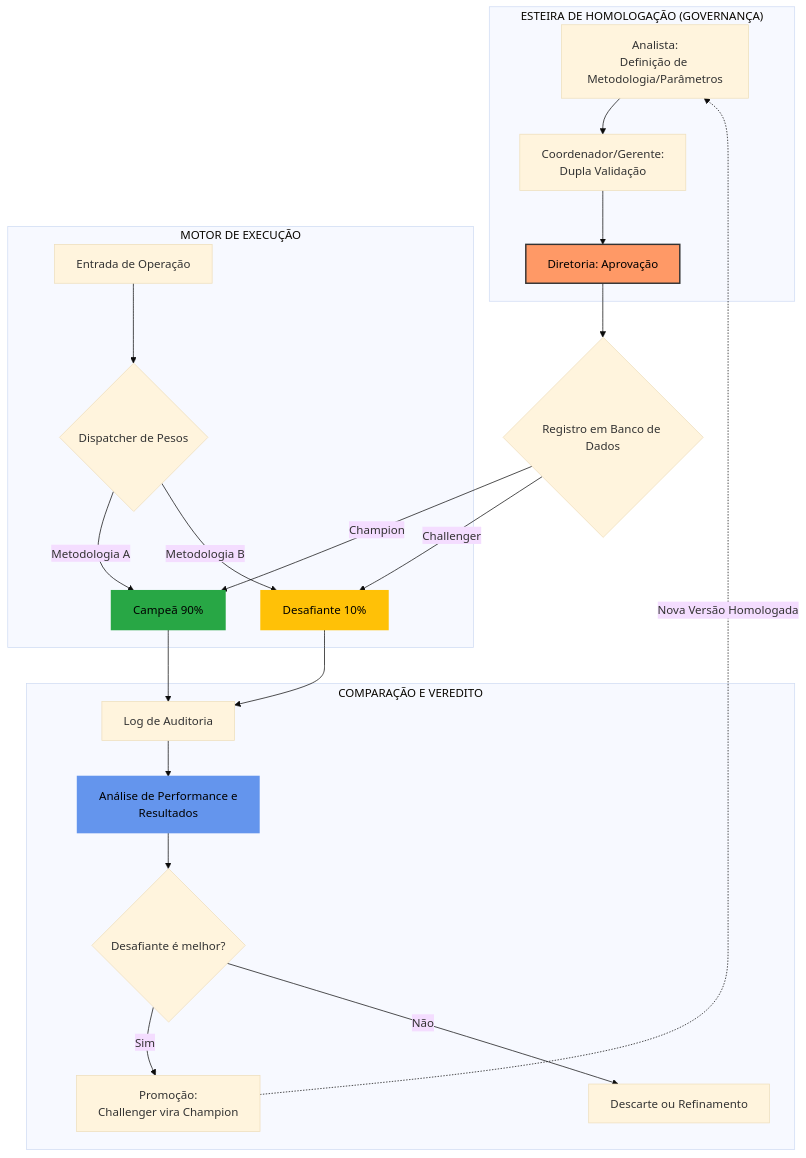
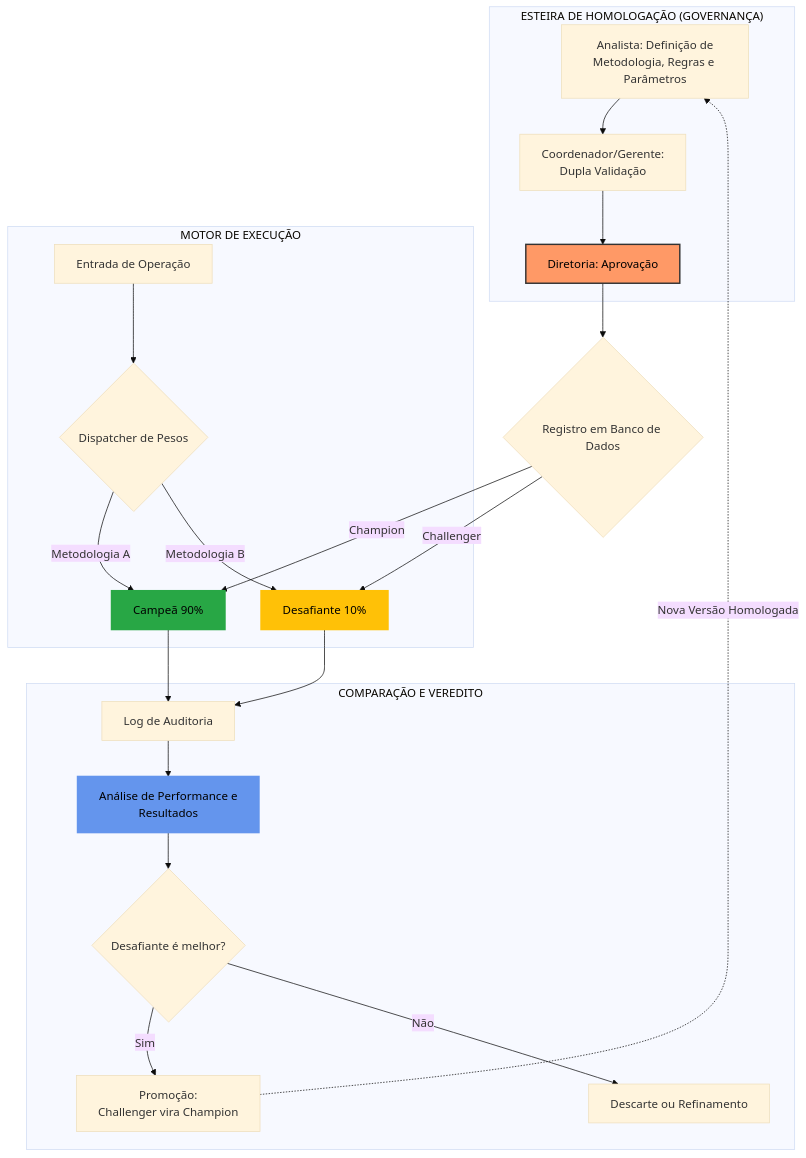
Before and after one commit to Pireddas/pireddas: the third of 3 diagrams in README.md, drawn with Mermaid (base theme).

````diff
--- a/README.md
+++ b/README.md
@@ -435,41 +435,41 @@
 ```mermaid
 graph TD
     %% Camada de Alçadas e Aprovação
     subgraph Alçadas ["ESTEIRA DE HOMOLOGAÇÃO (GOVERNANÇA)"]
-        A[Analista:<br>Definição de Metodologia/Parâmetros] --> B[Coordenador/Gerente:<br/>Dupla Validação]
+        A[Analista: Definição de<br>Metodologia, Regras e Parâmetros] --> B[Coordenador/Gerente:<br/>Dupla Validação]
         B --> C[Diretoria: Aprovação]
     end
 
     %% Registro e Estados
     C --> D{Registro em Banco de Dados}
     D -->|Champion| E[Campeã 90%]
     D -->|Challenger| F[Desafiante 10%]
 
     %% Camada de Execução (Dispatcher)
     subgraph Execucao ["MOTOR DE EXECUÇÃO"]
         G[Entrada de Operação] --> H{Dispatcher de Pesos}
         H -->|Metodologia A| E
         H -->|Metodologia B| F
     end
 
     %% Auditoria e Resultados
     E --> I[Log de Auditoria]
     F --> I
     
     subgraph Analise ["COMPARAÇÃO E VEREDITO"]
         I --> J[Análise de Performance e<br/>Resultados]
         J --> K{Desafiante é melhor?}
         K -->|Sim| L[Promoção:<br/>Challenger vira Champion]
         K -->|Não| M[Descarte ou Refinamento]
     end
 
     %% Retroalimentação
     L -.->|Nova Versão Homologada| A
 
     %% Estilização
     style C fill:#f96,stroke:#333,stroke-width:2px,color:#000
     style E fill:#28a745,stroke:#28a745,stroke-width:2px,color:#000
     style F fill:#ffc107,stroke:#ffc107,stroke-width:2px,color:#000
     style J fill:#6495ED,stroke:#6495ED,stroke-width:2px,color:#000
 
 ```
````
